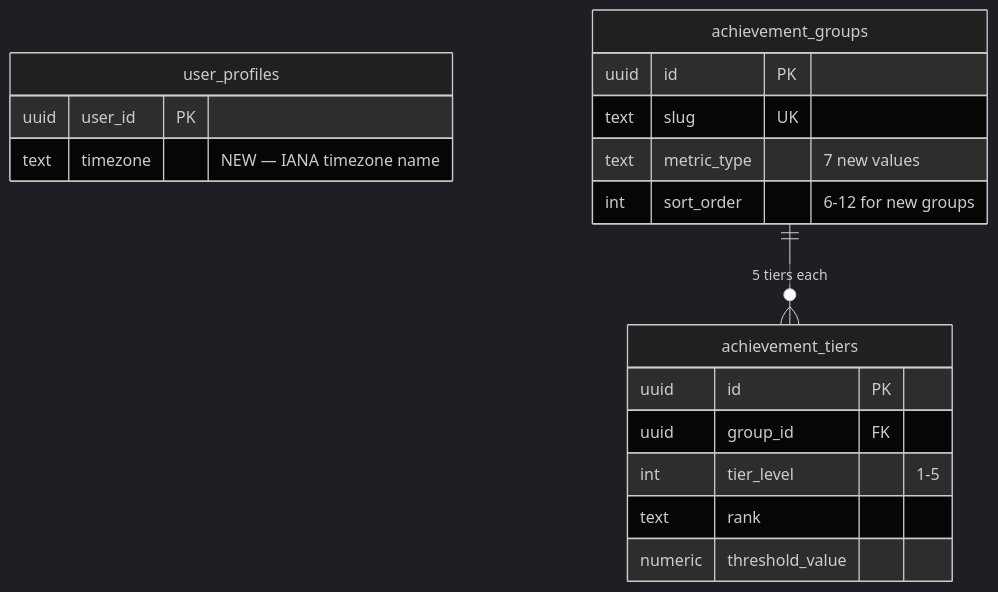
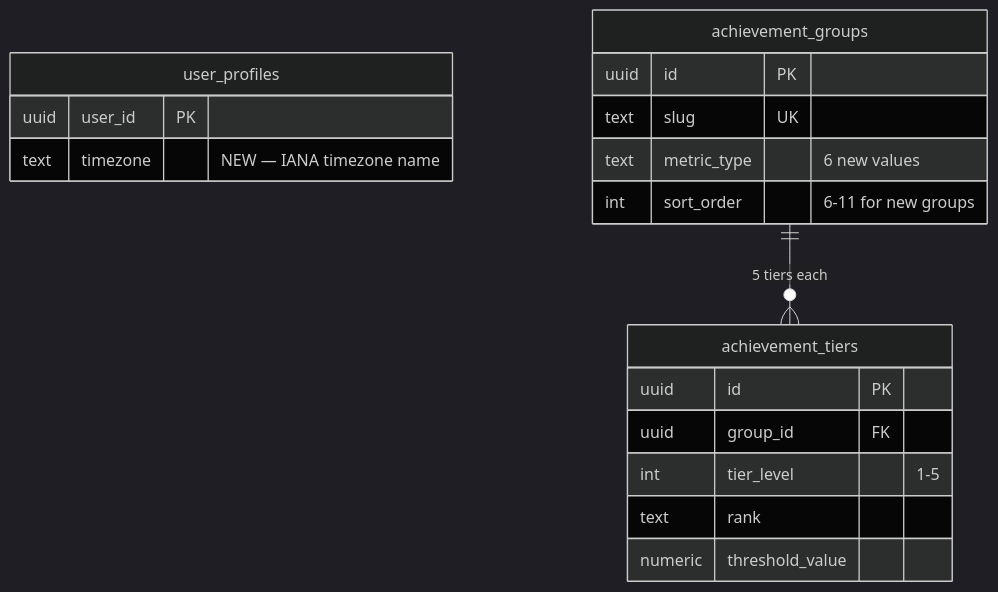
The first of 3 diagrams in docs/Tech_Plan_—_New_Achievement_Tracks_#218.md (PierreTsia/workout-app), drawn with Mermaid (dark theme) before and after one commit. The commit also changed other lines of this file and 1 other file, not shown here.

````diff
--- a/docs/Tech_Plan_—_New_Achievement_Tracks_#218.md
+++ b/docs/Tech_Plan_—_New_Achievement_Tracks_#218.md
@@ -41,21 +40,21 @@
 ```mermaid
 erDiagram
     user_profiles {
         uuid user_id PK
         text timezone "NEW — IANA timezone name"
     }
     achievement_groups {
         uuid id PK
         text slug UK
-        text metric_type "7 new values"
-        int sort_order "6-12 for new groups"
+        text metric_type "6 new values"
+        int sort_order "6-11 for new groups"
     }
     achievement_groups ||--o{ achievement_tiers : "5 tiers each"
     achievement_tiers {
         uuid id PK
         uuid group_id FK
         int tier_level "1-5"
         text rank
         numeric threshold_value
     }
 ```
````
